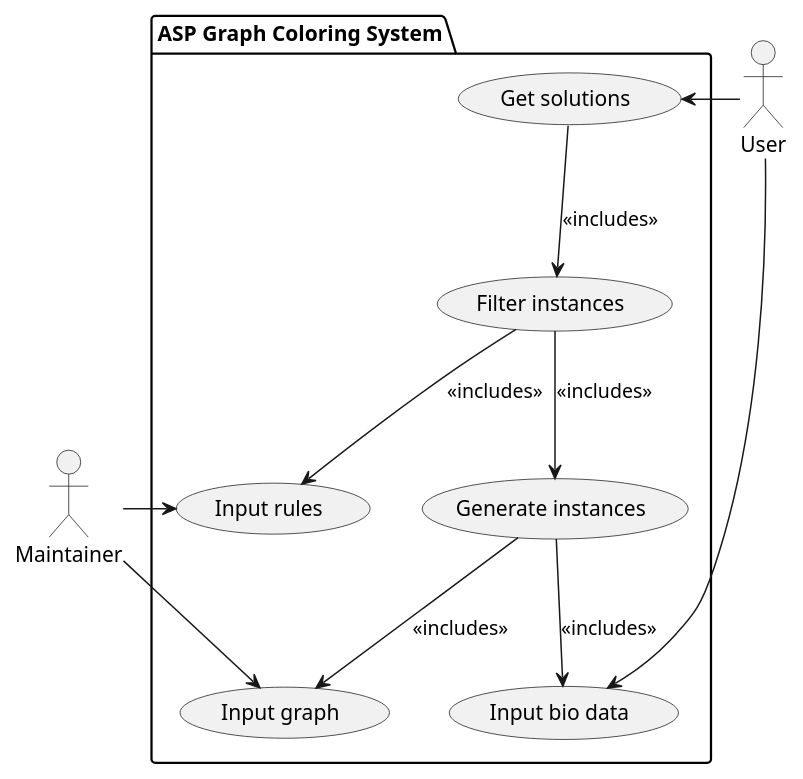
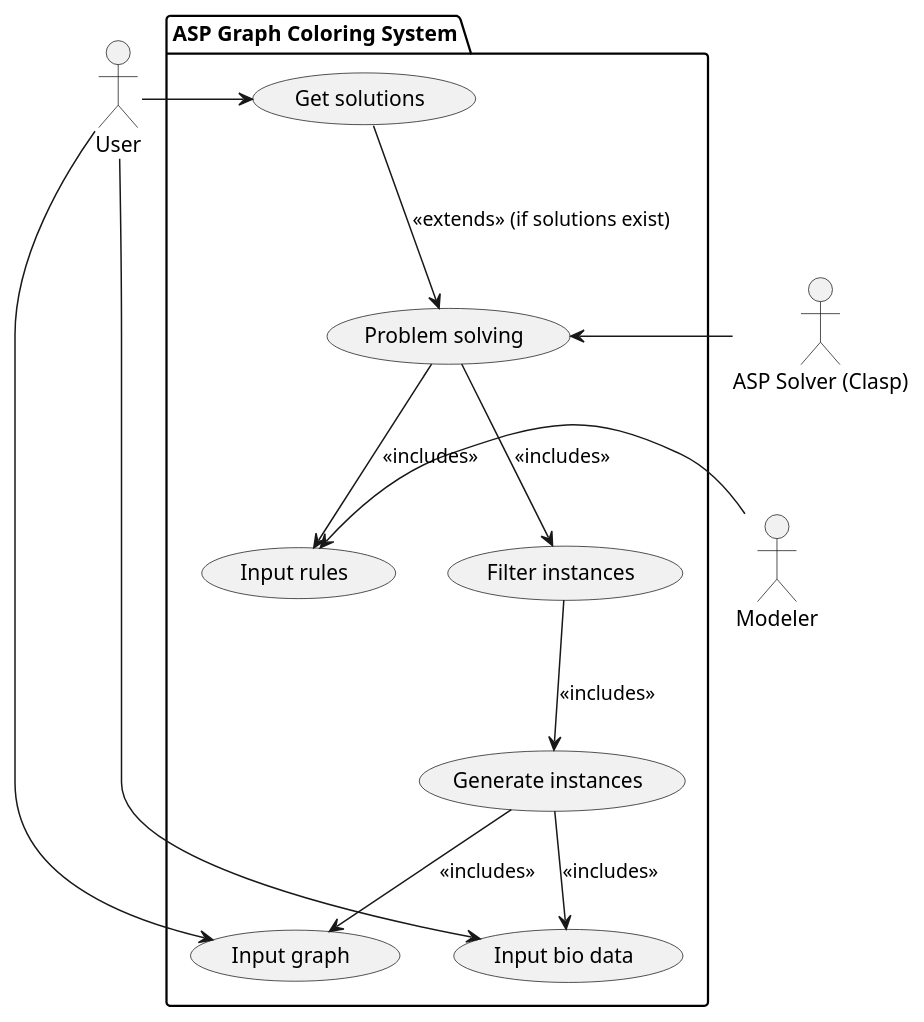
One commit to rami3l/ecn-pappl-asp changed the diagram in uml/use_case.puml. Above: the diagram before and after it, drawn with PlantUML.

```diff
--- a/uml/use_case.puml
+++ b/uml/use_case.puml
@@ -1,23 +1,28 @@
 @startuml Graph Coloring with ASP
+top to bottom direction
 
 actor User
-actor Maintainer
+actor Modeler
+actor "ASP Solver (Clasp)" as Solver
 package "ASP Graph Coloring System" {
     usecase "Input graph" as graph
     usecase "Input bio data" as data
     usecase "Input rules" as rules
     usecase "Generate instances" as inst
     usecase "Filter instances" as filter
-    usecase "Get solutions" as solve
-    Maintainer -> graph
+    usecase "Get solutions" as solution
+    usecase "Problem solving" as solving
+    User -> graph
     User -> data
-    Maintainer -> rules
-    User -> solve
+    Modeler -> rules
+    User -> solution
+    Solver -> solving
+    filter --> inst : <<includes>>
     inst --> graph : <<includes>>
     inst --> data : <<includes>>
-    filter --> inst : <<includes>>
-    filter --> rules : <<includes>>
-    solve --> filter : <<includes>>
+    solving --> filter : <<includes>>
+    solving --> rules : <<includes>>
+    solution --> solving : <<extends>> (if solutions exist)
 }
 
 @enduml
```
